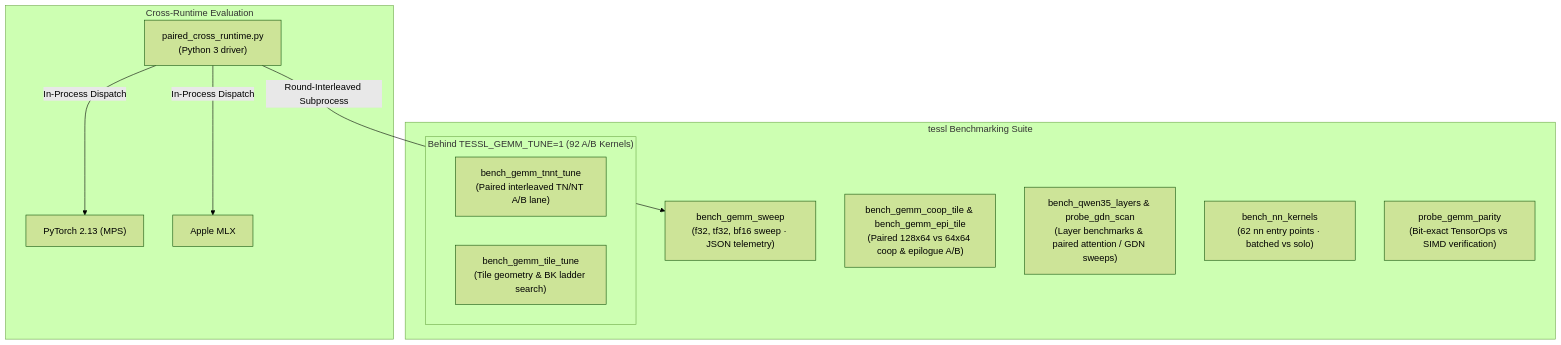
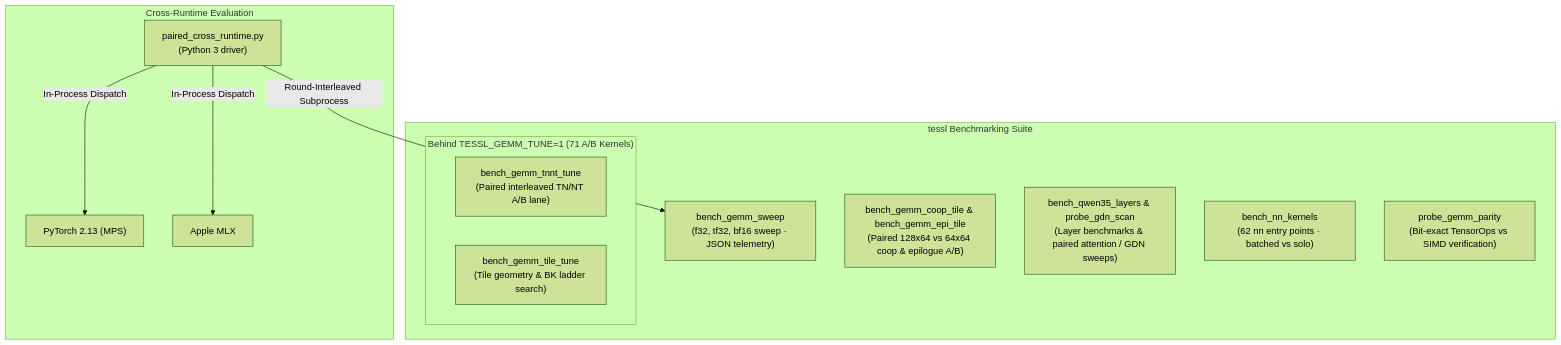
Before and after one commit to bharathvbcr/tessl: the first of 5 diagrams in docs/benchmarking.md, drawn with Mermaid (forest theme). The commit also changed other lines of this file and 7 other files, not shown here.

````diff
--- a/docs/benchmarking.md
+++ b/docs/benchmarking.md
@@ -29,25 +29,25 @@
 ```mermaid
 flowchart TD
     subgraph Suite["tessl Benchmarking Suite"]
         Sweep["bench_gemm_sweep<br/>(f32, tf32, bf16 sweep · JSON telemetry)"]
         TileAB["bench_gemm_coop_tile &amp; bench_gemm_epi_tile<br/>(Paired 128x64 vs 64x64 coop &amp; epilogue A/B)"]
         QwenBench["bench_qwen35_layers &amp; probe_gdn_scan<br/>(Layer benchmarks &amp; paired attention / GDN sweeps)"]
         NnBench["bench_nn_kernels<br/>(62 nn entry points · batched vs solo)"]
         Parity["probe_gemm_parity<br/>(Bit-exact TensorOps vs SIMD verification)"]
         
-        subgraph TuneGated["Behind TESSL_GEMM_TUNE=1 (92 A/B Kernels)"]
+        subgraph TuneGated["Behind TESSL_GEMM_TUNE=1 (71 A/B Kernels)"]
             TnNtTune["bench_gemm_tnnt_tune<br/>(Paired interleaved TN/NT A/B lane)"]
             TileTune["bench_gemm_tile_tune<br/>(Tile geometry &amp; BK ladder search)"]
         end
     end
 
     subgraph CrossRuntime["Cross-Runtime Evaluation"]
         PyHarness["paired_cross_runtime.py<br/>(Python 3 driver)"]
         TorchMPS["PyTorch 2.13 (MPS)"]
         MLX["Apple MLX"]
     end
 
     PyHarness -->|Round-Interleaved Subprocess| Sweep
     PyHarness -->|In-Process Dispatch| TorchMPS
     PyHarness -->|In-Process Dispatch| MLX
 ```
````
